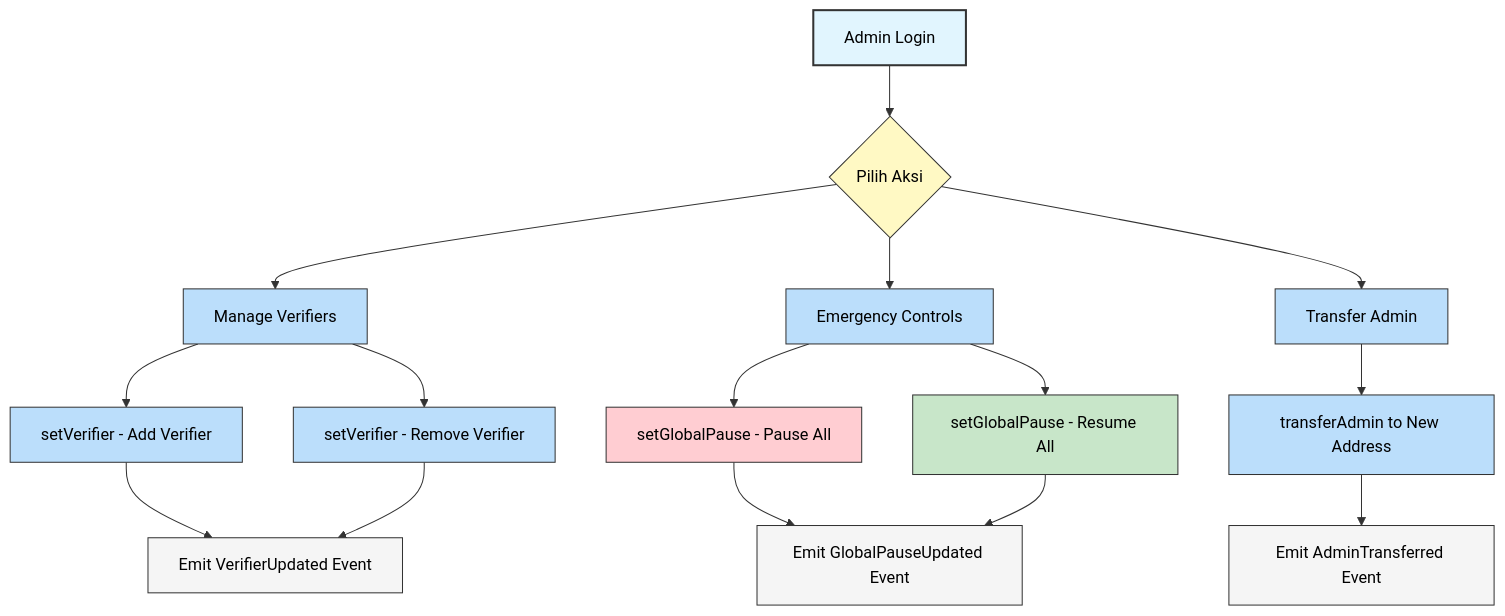
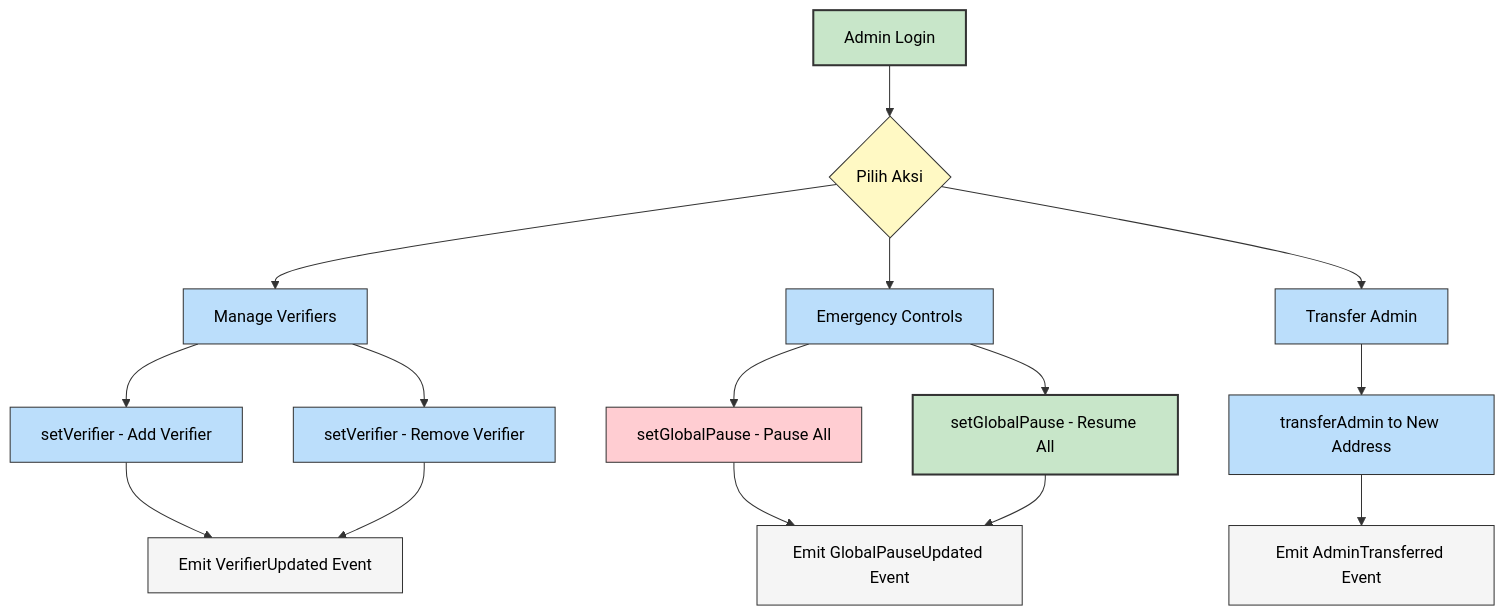
The second of 9 diagrams in WALKTHROUGH.md (raflimulyarahman/PocketGrant), drawn with Mermaid before and after one commit. The commit also changed other lines of this file, not shown here.

````diff
--- a/WALKTHROUGH.md
+++ b/WALKTHROUGH.md
@@ -109,28 +108,27 @@
 ```mermaid
 flowchart TD
-    classDef startNode stroke:#333,stroke-width:2px,fill:#e1f5fe,color:#000
+    classDef positive stroke:#333,stroke-width:2px,fill:#c8e6c9,color:#000
     classDef actionNode stroke:#333,stroke-width:1px,fill:#bbdefb,color:#000
     classDef decision stroke:#333,stroke-width:1px,fill:#fff9c4,color:#000
-    classDef success stroke:#333,stroke-width:1px,fill:#c8e6c9,color:#000
     classDef danger stroke:#333,stroke-width:1px,fill:#ffcdd2,color:#000
     classDef infoNode stroke:#333,stroke-width:1px,fill:#f5f5f5,color:#000
 
-    A["Admin Login"]:::startNode --> B{Pilih Aksi}:::decision
+    A["Admin Login"]:::positive --> B{Pilih Aksi}:::decision
 
     B --> C["Manage Verifiers"]:::actionNode
     C --> C1["setVerifier - Add Verifier"]:::actionNode
     C --> C2["setVerifier - Remove Verifier"]:::actionNode
 
     B --> D["Emergency Controls"]:::actionNode
     D --> D1["setGlobalPause - Pause All"]:::danger
-    D --> D2["setGlobalPause - Resume All"]:::success
+    D --> D2["setGlobalPause - Resume All"]:::positive
 
     B --> E["Transfer Admin"]:::actionNode
     E --> E1["transferAdmin to New Address"]:::actionNode
 
     C1 --> F["Emit VerifierUpdated Event"]:::infoNode
     C2 --> F
     D1 --> G["Emit GlobalPauseUpdated Event"]:::infoNode
     D2 --> G
     E1 --> H["Emit AdminTransferred Event"]:::infoNode
 ```
````
